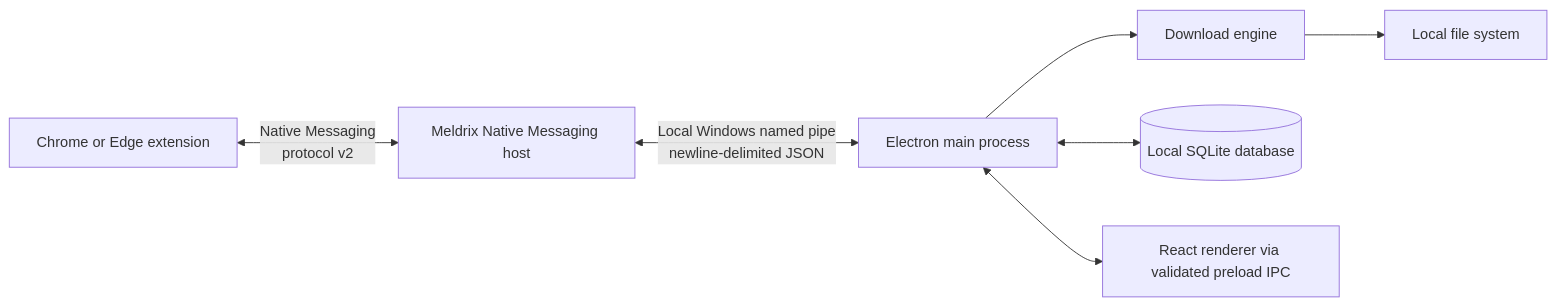
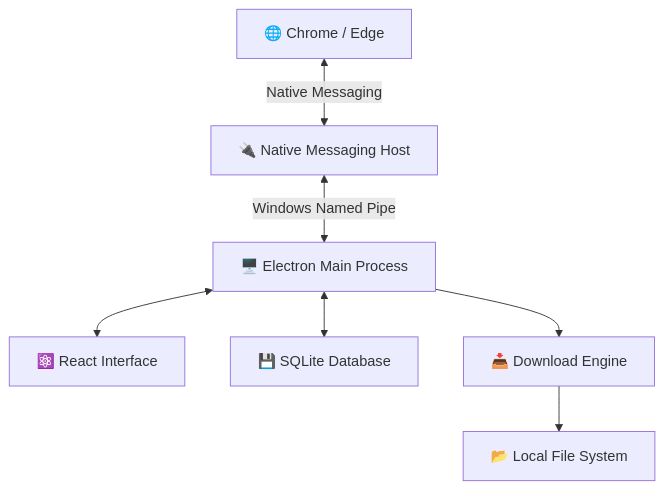
Before and after one commit to fahadmia20333/dawnload-manager: the diagram in README.md, drawn with Mermaid. The commit also changed other lines of this file, not shown here.

Commit message:
feat: comprehensive README with download section, features, installation, and full documentation

````diff
--- a/README.md
+++ b/README.md
@@ -115,9 +164,9 @@
 ```mermaid
-flowchart LR
-    B[Chrome or Edge extension] <-->|Native Messaging<br/>protocol v2| H[Meldrix Native Messaging host]
-    H <-->|Local Windows named pipe<br/>newline-delimited JSON| E[Electron main process]
-    E --> D[Download engine]
-    E <--> DB[(Local SQLite database)]
-    D --> F[Local file system]
-    E <--> R[React renderer via validated preload IPC]
+flowchart TD
+    A["🌐 Chrome / Edge"] <-->|"Native Messaging"| B["🔌 Native Messaging Host"]
+    B <-->|"Windows Named Pipe"| C["🖥️ Electron Main Process"]
+    C <--> D["⚛️ React Interface"]
+    C <--> E["💾 SQLite Database"]
+    C --> F["📥 Download Engine"]
+    F --> G["📂 Local File System"]
 ```
````
